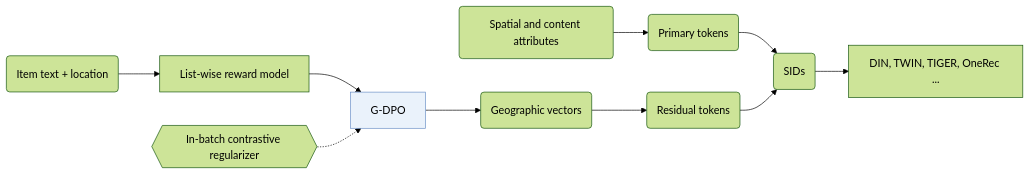
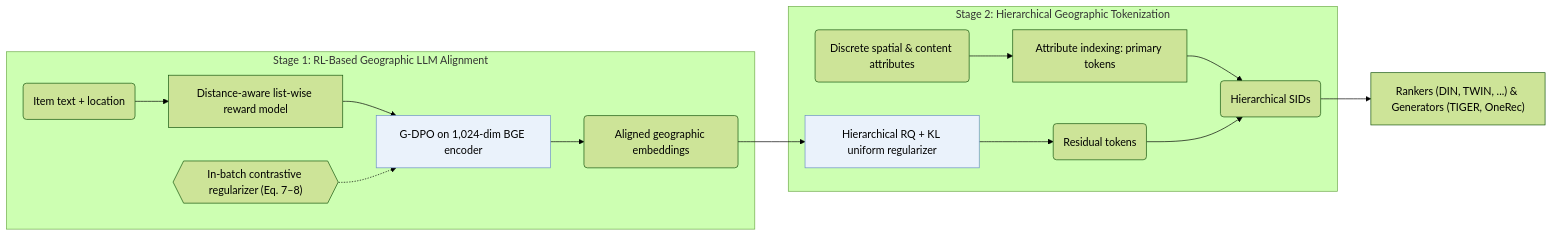
Before and after one commit to Galaxy-ghost/Awesome-SID-Generative-Rec: the diagram in notes/lgsid.md, drawn with Mermaid (forest theme). The commit also changed other lines of this file and 649 other files, not shown here.

Commit message:
writer-05: also tags and modality index (schema, check, build, visuals); summary field removed; calibration data for 12 papers

````diff
--- a/notes/lgsid.md
+++ b/notes/lgsid.md
@@ -13,13 +14,18 @@
 ```mermaid
 flowchart LR
-    A("Item text + location") --> B["List-wise reward model"]
-    B --> C["G-DPO"]:::key
-    L1{{"In-batch contrastive regularizer"}} -.-> C
-    C --> D("Geographic vectors")
-    D --> E("Residual tokens")
-    F("Spatial and content attributes") --> G("Primary tokens")
-    G --> H("SIDs")
-    E --> H
-    H --> I["DIN, TWIN, TIGER, OneRec ..."]
+    subgraph S1["Stage 1: RL-Based Geographic LLM Alignment"]
+        A("Item text + location") --> B["Distance-aware list-wise reward model"]
+        B --> C["G-DPO on 1,024-dim BGE encoder"]:::key
+        L1{{"In-batch contrastive regularizer (Eq. 7–8)"}} -.-> C
+        C --> D("Aligned geographic embeddings")
+    end
+    subgraph S2["Stage 2: Hierarchical Geographic Tokenization"]
+        F("Discrete spatial & content attributes") --> G["Attribute indexing: primary tokens"]
+        D --> E["Hierarchical RQ + KL uniform regularizer"]:::key
+        E --> ER("Residual tokens")
+        G --> H("Hierarchical SIDs")
+        ER --> H
+    end
+    H --> I["Rankers (DIN, TWIN, ...) & Generators (TIGER, OneRec)"]
     classDef key fill:#eaf2fb,stroke:#6b8fc7
 ```
````
